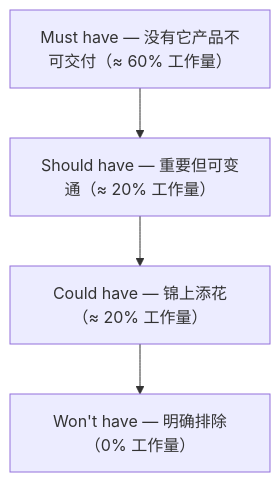
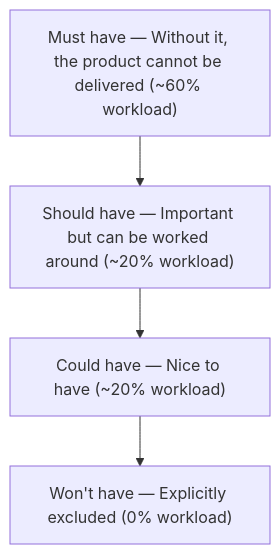
The diagram in references/decision-making/moscow.md (Kirky-X/kueiku), drawn with Mermaid before and after one commit. The commit also changed other lines of this file and 126 other files, not shown here.

````diff
--- a/references/decision-making/moscow.md
+++ b/references/decision-making/moscow.md
@@ -7,10 +7,10 @@
 ```mermaid
 flowchart TD
-    M["Must have — 没有它产品不可交付（≈ 60% 工作量）"]
-    S["Should have — 重要但可变通（≈ 20% 工作量）"]
-    C["Could have — 锦上添花（≈ 20% 工作量）"]
-    W["Won't have — 明确排除（0% 工作量）"]
+    M["Must have — Without it, the product cannot be delivered (~60% workload)"]
+    S["Should have — Important but can be worked around (~20% workload)"]
+    C["Could have — Nice to have (~20% workload)"]
+    W["Won't have — Explicitly excluded (0% workload)"]
     M --> S
     S --> C
     C --> W
 ```
````
